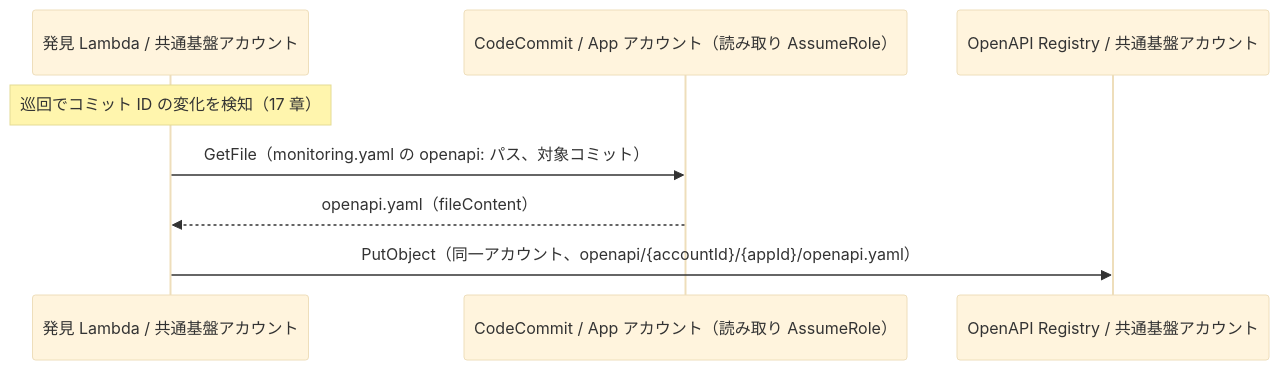
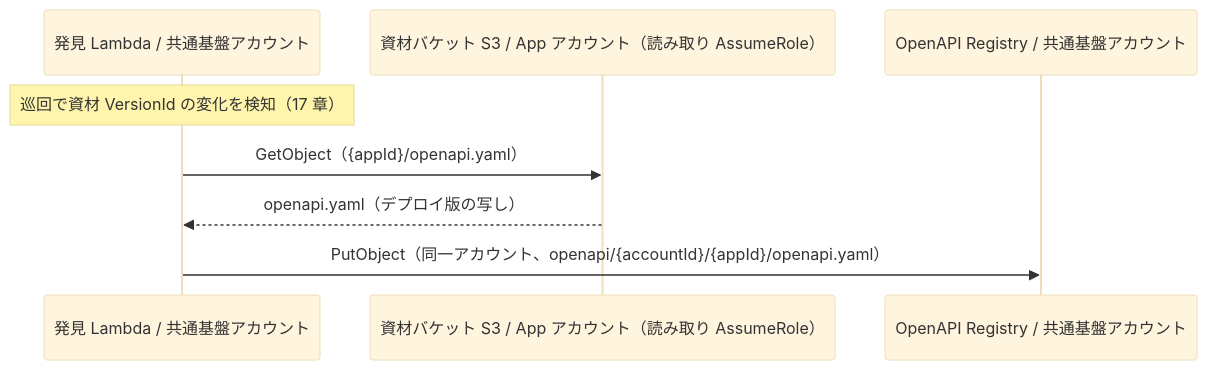
One commit to suepie/aws-atuh-poc changed the diagram in doc/api-platform/basic-design/13-openapi-registry-design.md. Above: the diagram before and after it, drawn with Mermaid (base theme). The commit also changed other lines of this file and 16 other files, not shown here.

````diff
--- a/doc/api-platform/basic-design/13-openapi-registry-design.md
+++ b/doc/api-platform/basic-design/13-openapi-registry-design.md
@@ -36,11 +37,11 @@
 ```mermaid
 sequenceDiagram
     participant DISC as 発見 Lambda / 共通基盤アカウント
-    participant CC as CodeCommit / App アカウント（読み取り AssumeRole）
+    participant ART as 資材バケット S3 / App アカウント（読み取り AssumeRole）
     participant S3 as OpenAPI Registry / 共通基盤アカウント
 
-    Note over DISC: 巡回でコミット ID の変化を検知（17 章）
-    DISC->>CC: GetFile（monitoring.yaml の openapi: パス、対象コミット）
-    CC-->>DISC: openapi.yaml（fileContent）
+    Note over DISC: 巡回で資材 VersionId の変化を検知（17 章）
+    DISC->>ART: GetObject（{appId}/openapi.yaml）
+    ART-->>DISC: openapi.yaml（デプロイ版の写し）
     DISC->>S3: PutObject（同一アカウント、openapi/{accountId}/{appId}/openapi.yaml）
 ```
````
